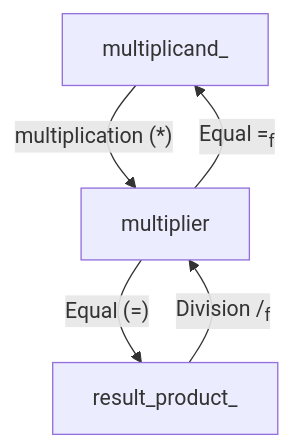
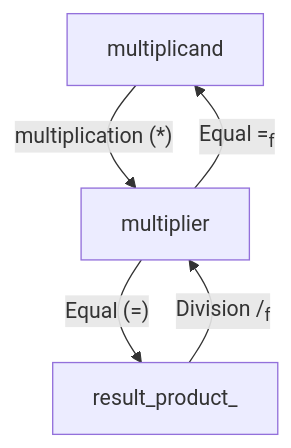
One commit to will-bc/Blockchain-Cryptocurrency changed the third of 3 diagrams in Finite_Field/README.md. Above: the diagram before and after it, drawn with Mermaid.

````diff
--- a/Finite_Field/README.md
+++ b/Finite_Field/README.md
@@ -49,8 +49,8 @@
 ```mermaid 
 graph TB 
-multiplicand_ --"multiplication (*)" --> multiplier-->|"Equal (=)"|result_product_ 
+multiplicand --"multiplication (*)" --> multiplier-->|"Equal (=)"|result_product_ 
 
 result_product_-- "Division /<sub>f</sub>" -->multiplier
-multiplier--"Equal =<sub>f</sub>" -->multiplicand_
+multiplier--"Equal =<sub>f</sub>" -->multiplicand
 
 ```
````
